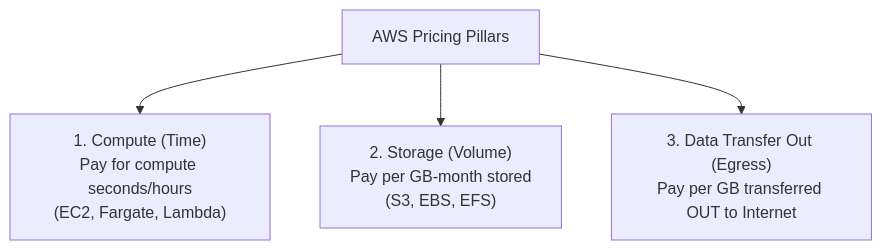
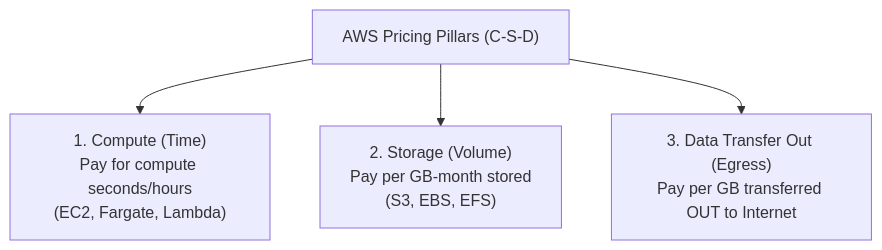
One commit to fakhruldeen/AWS changed the fourth of 4 diagrams in Cloud/Practitioner/CLF-C02/09_Notes_and_Cheatsheets/concepts/Cloud_Economics_and_Billing_Models.md. Above: the diagram before and after it, drawn with Mermaid. The commit also changed other lines of this file and 2 other files, not shown here.

````diff
--- a/Cloud/Practitioner/CLF-C02/09_Notes_and_Cheatsheets/concepts/Cloud_Economics_and_Billing_Models.md
+++ b/Cloud/Practitioner/CLF-C02/09_Notes_and_Cheatsheets/concepts/Cloud_Economics_and_Billing_Models.md
@@ -81,8 +112,8 @@
 ```mermaid
 graph TD
-    Pricing["AWS Pricing Pillars"]
+    Pricing["AWS Pricing Pillars (C-S-D)"]
     
-    Pricing --> P1["1. Compute (Time)\nPay for compute seconds/hours\n(EC2, Fargate, Lambda)"]
-    Pricing --> P2["2. Storage (Volume)\nPay per GB-month stored\n(S3, EBS, EFS)"]
-    Pricing --> P3["3. Data Transfer Out (Egress)\nPay per GB transferred OUT to Internet"]
+    Pricing --> P1["1. Compute (Time)<br/>Pay for compute seconds/hours<br/>(EC2, Fargate, Lambda)"]
+    Pricing --> P2["2. Storage (Volume)<br/>Pay per GB-month stored<br/>(S3, EBS, EFS)"]
+    Pricing --> P3["3. Data Transfer Out (Egress)<br/>Pay per GB transferred OUT to Internet"]
 ```
````
